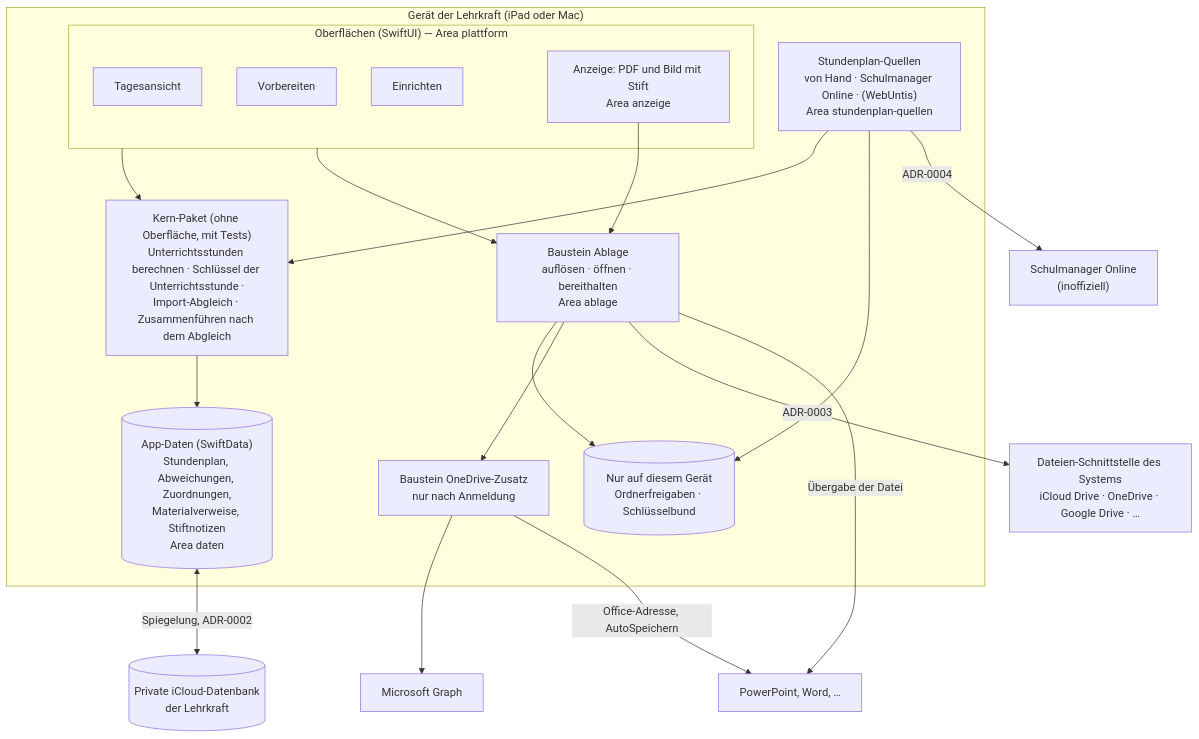
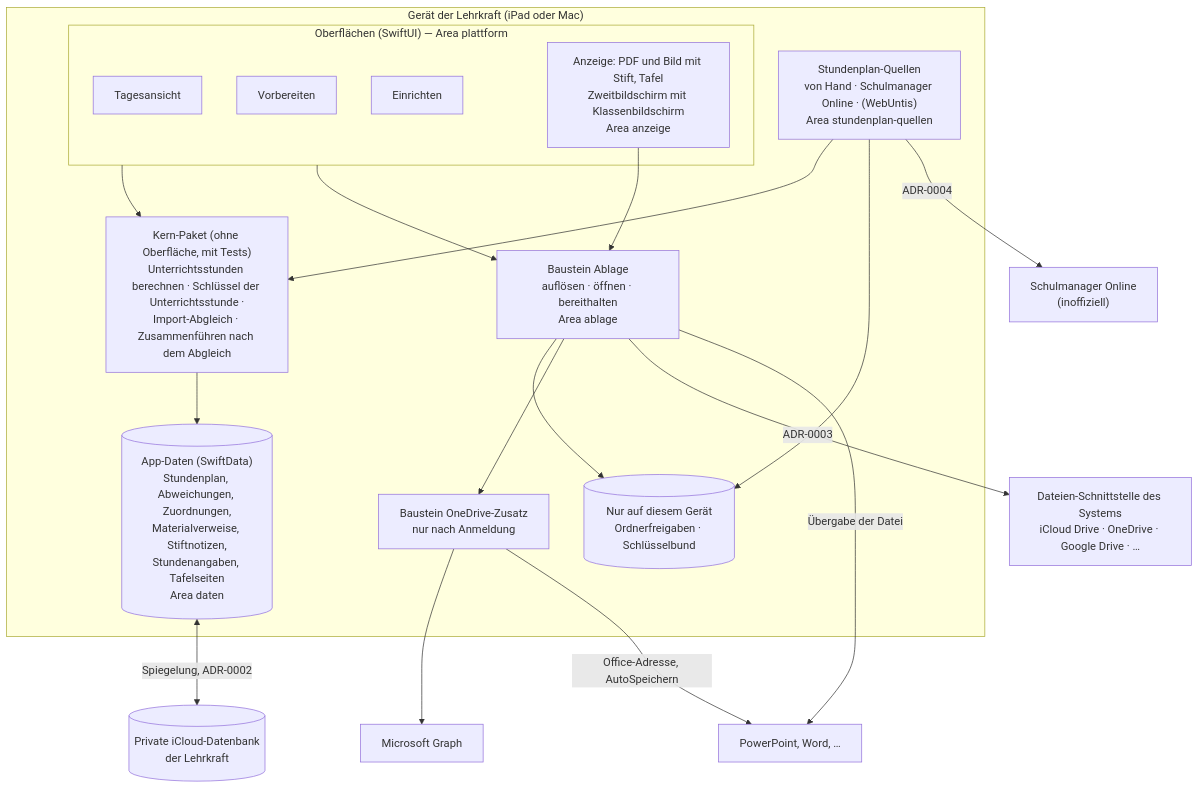
Before and after one commit to andreasgrathwohl/Tagesmappe: the diagram in docs/ARCHITECTURE.md, drawn with Mermaid. The commit also changed other lines of this file and 7 other files, not shown here.

Commit message:
FR-11 Klassenbildschirm and FR-12 Tafel (all MVP); architecture: second-screen states, Tafelseite, Stundenangaben; RISK-6, Q-23..Q-27

````diff
--- a/docs/ARCHITECTURE.md
+++ b/docs/ARCHITECTURE.md
@@ -20,38 +20,38 @@
 ```mermaid
 flowchart TB
     subgraph Geraet["Gerät der Lehrkraft (iPad oder Mac)"]
         subgraph UI["Oberflächen (SwiftUI) — Area plattform"]
             Tag["Tagesansicht"]
             Vorb["Vorbereiten"]
             Einr["Einrichten"]
-            Anz["Anzeige: PDF und Bild mit Stift<br/>Area anzeige"]
+            Anz["Anzeige: PDF und Bild mit Stift, Tafel<br/>Zweitbildschirm mit Klassenbildschirm<br/>Area anzeige"]
         end
         Kern["Kern-Paket (ohne Oberfläche, mit Tests)<br/>Unterrichtsstunden berechnen · Schlüssel der Unterrichtsstunde ·<br/>Import-Abgleich · Zusammenführen nach dem Abgleich"]
-        Daten[("App-Daten (SwiftData)<br/>Stundenplan, Abweichungen, Zuordnungen,<br/>Materialverweise, Stiftnotizen<br/>Area daten")]
+        Daten[("App-Daten (SwiftData)<br/>Stundenplan, Abweichungen, Zuordnungen,<br/>Materialverweise, Stiftnotizen,<br/>Stundenangaben, Tafelseiten<br/>Area daten")]
         Lokal[("Nur auf diesem Gerät<br/>Ordnerfreigaben · Schlüsselbund")]
         Abl["Baustein Ablage<br/>auflösen · öffnen · bereithalten<br/>Area ablage"]
         OD["Baustein OneDrive-Zusatz<br/>nur nach Anmeldung"]
         Quel["Stundenplan-Quellen<br/>von Hand · Schulmanager Online · (WebUntis)<br/>Area stundenplan-quellen"]
     end
 
     iCloud[("Private iCloud-Datenbank<br/>der Lehrkraft")]
     Files["Dateien-Schnittstelle des Systems<br/>iCloud Drive · OneDrive · Google Drive · …"]
     Office["PowerPoint, Word, …"]
     Graph["Microsoft Graph"]
     SM["Schulmanager Online<br/>(inoffiziell)"]
 
     UI --> Kern
     Kern --> Daten
     UI --> Abl
     Anz --> Abl
     Abl --> Lokal
     Abl --> OD
     Quel --> Kern
     Quel --> Lokal
     Daten <-- "Spiegelung, ADR-0002" --> iCloud
     Abl -- "ADR-0003" --> Files
     Abl -- "Übergabe der Datei" --> Office
     OD --> Graph
     OD -- "Office-Adresse, AutoSpeichern" --> Office
     Quel -- "ADR-0004" --> SM
 ```
````
